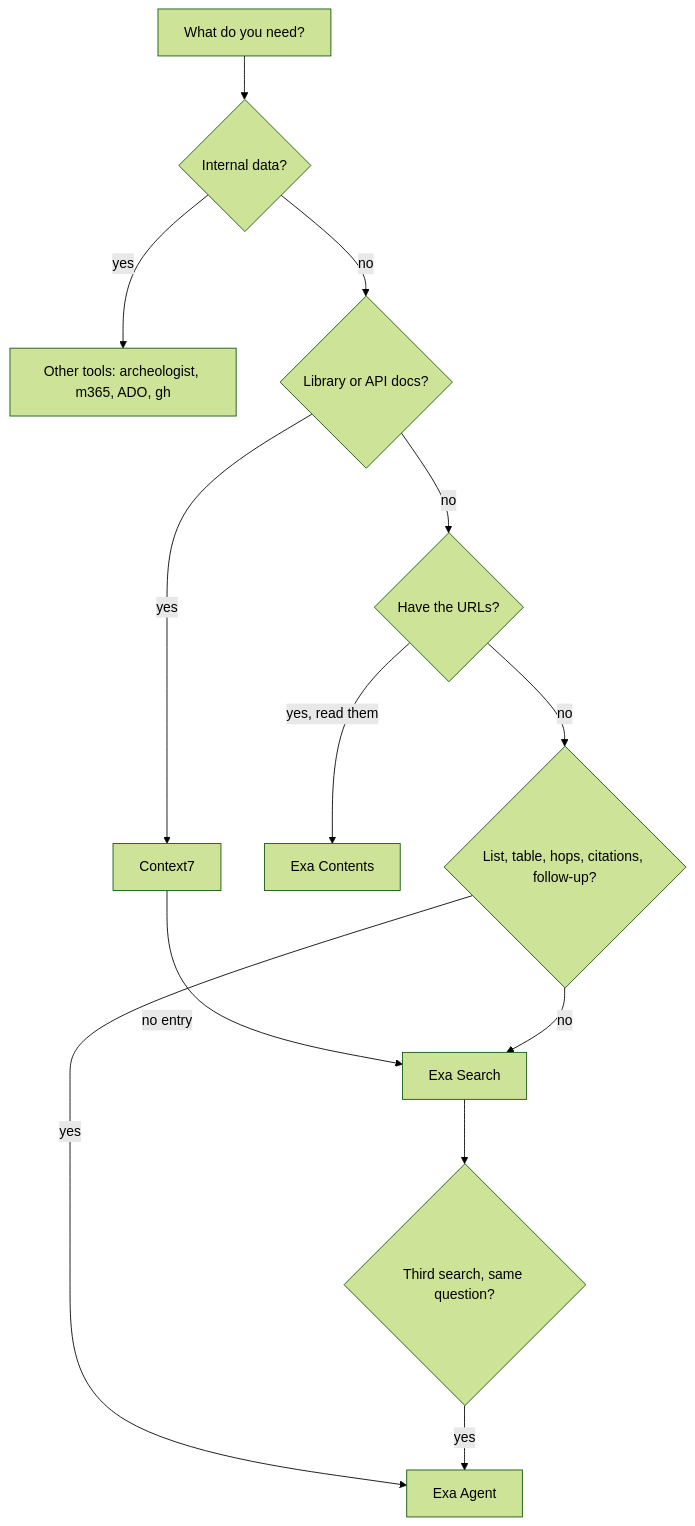
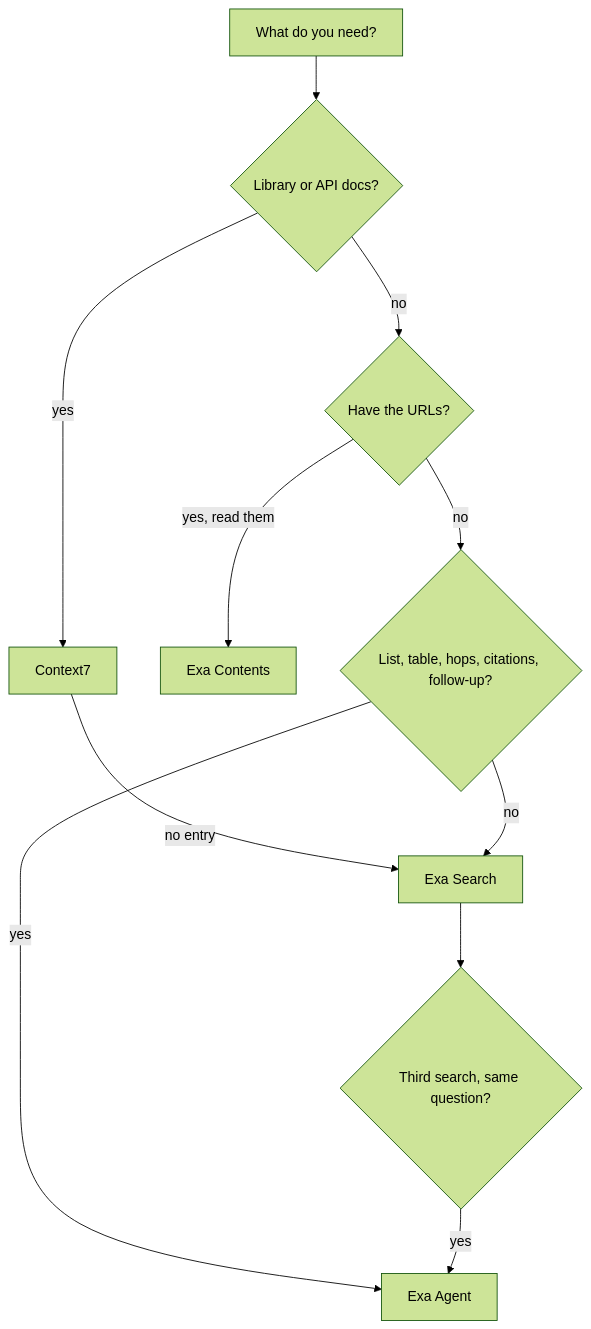
Before and after one commit to acastro2/alex-skills: the diagram in search/SKILL.md, drawn with Mermaid (forest theme). The commit also changed other lines of this file and 17 other files, not shown here.

````diff
--- a/search/SKILL.md
+++ b/search/SKILL.md
@@ -14,15 +12,13 @@
 ```mermaid
 graph TD
-  Q[What do you need?] --> P{Internal data?}
-  P -->|yes| I[Other tools: archeologist, m365, ADO, gh]
-  P -->|no| D{Library or API docs?}
+  Q[What do you need?] --> D{Library or API docs?}
   D -->|yes| C7[Context7]
   C7 -->|no entry| S
   D -->|no| U{Have the URLs?}
   U -->|yes, read them| CT[Exa Contents]
   U -->|no| A{List, table, hops, citations, follow-up?}
   A -->|yes| AG[Exa Agent]
   A -->|no| S[Exa Search]
   S --> E{Third search, same question?}
   E -->|yes| AG
 ```
````
